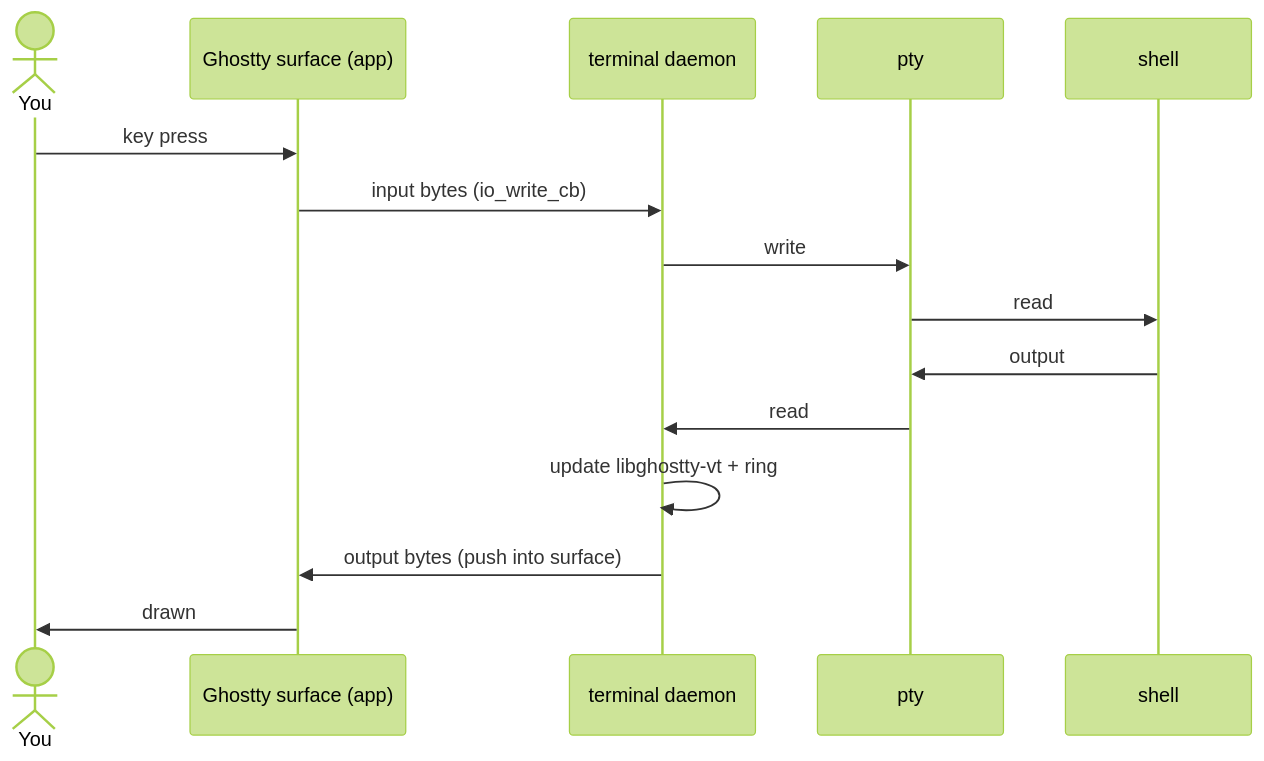
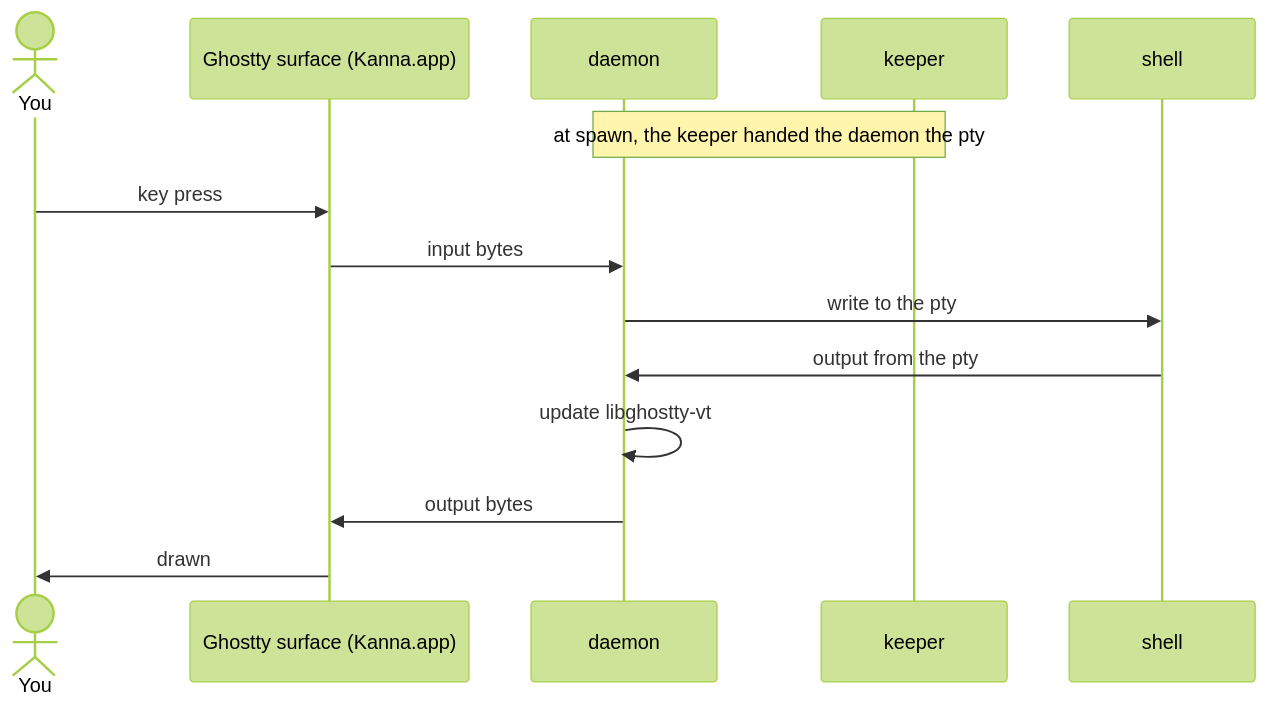
The seventh of 10 diagrams in docs/research/mux-architecture.md (jemdiggity/kanna-v4), drawn with Mermaid (forest theme) before and after one commit. The commit also changed other lines of this file, not shown here.

Commit message:
Mux architecture: kmux restructured as client/server, kanna-mux adds keeper and daemon terminals

````diff
--- a/docs/research/mux-architecture.md
+++ b/docs/research/mux-architecture.md
@@ -116,17 +162,16 @@
 ```mermaid
 sequenceDiagram
     actor You
-    participant G as Ghostty surface (app)
-    participant D as terminal daemon
-    participant P as pty
+    participant G as Ghostty surface (Kanna.app)
+    participant D as daemon
+    participant K as keeper
     participant S as shell
+    Note over D,K: at spawn, the keeper handed the daemon the pty
     You->>G: key press
-    G->>D: input bytes (io_write_cb)
-    D->>P: write
-    P->>S: read
-    S->>P: output
-    P->>D: read
-    D->>D: update libghostty-vt + ring
-    D->>G: output bytes (push into surface)
+    G->>D: input bytes
+    D->>S: write to the pty
+    S->>D: output from the pty
+    D->>D: update libghostty-vt
+    D->>G: output bytes
     G->>You: drawn
 ```
````
